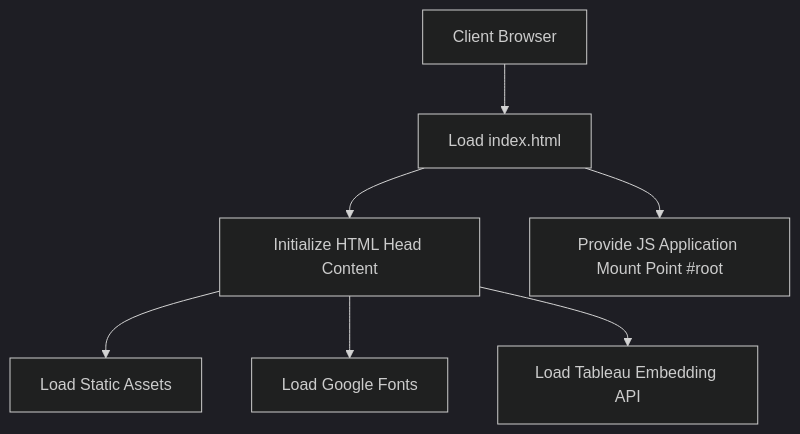
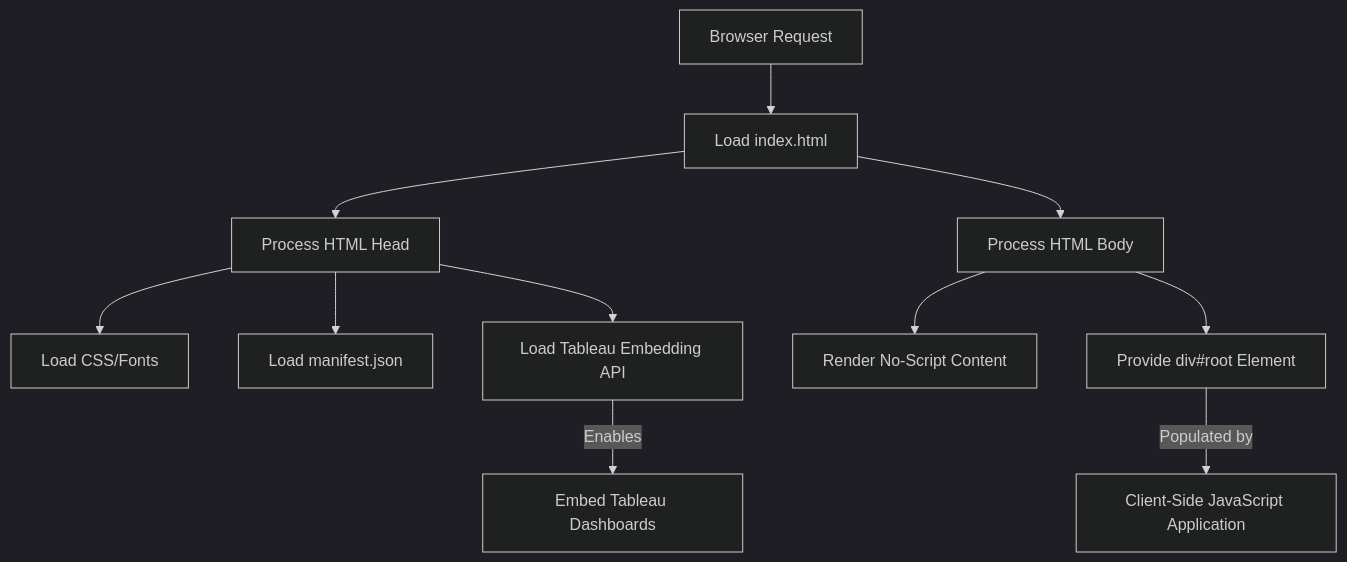
Before and after one commit to test-company-prowiz/tableau-frontend: the diagram in docs/public_index.html.md, drawn with Mermaid (dark theme). The commit also changed other lines of this file, not shown here.

Commit message:
docs: auto-generated documentation for docs/public_index.html.md

````diff
--- a/docs/public_index.html.md
+++ b/docs/public_index.html.md
@@ -34,9 +38,13 @@
 ```mermaid
 graph TD
-    A[Client Browser] --> B[Load index.html]
-    B --> C[Initialize HTML Head Content]
-    C --> D[Load Static Assets]
-    C --> E[Load Google Fonts]
+    A[Browser Request] --> B[Load index.html]
+    B --> C[Process HTML Head]
+    C --> D[Load CSS/Fonts]
+    C --> E[Load manifest.json]
     C --> F[Load Tableau Embedding API]
-    B --> G[Provide JS Application Mount Point #root]
+    B --> G[Process HTML Body]
+    G --> H[Render No-Script Content]
+    G --> I[Provide div#root Element]
+    F -- Enables --> J[Embed Tableau Dashboards]
+    I -- Populated by --> K[Client-Side JavaScript Application]
 ```
````
